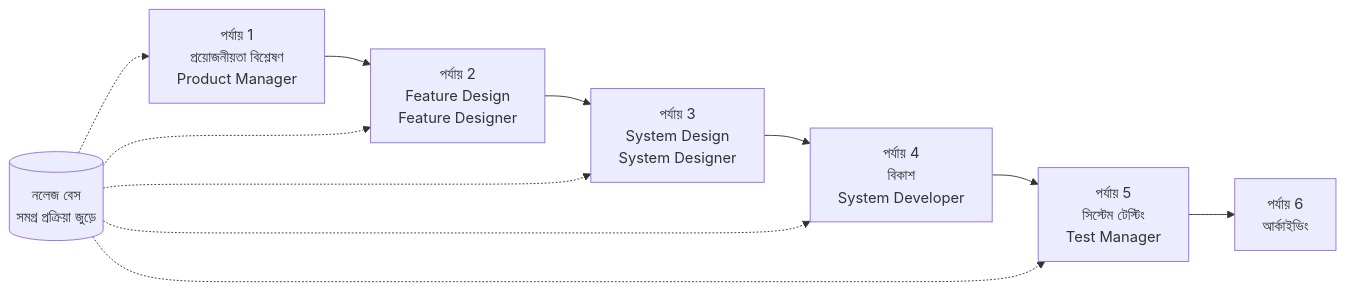
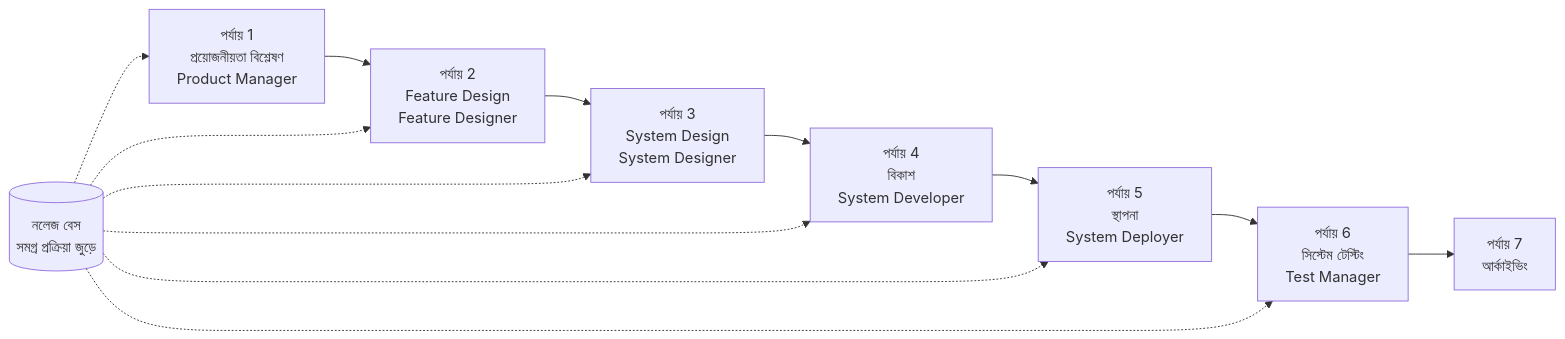
Before and after one commit to charlesmu99/speccrew: the diagram in docs/GETTING-STARTED.bn.md, drawn with Mermaid. The commit also changed 35 other files, not shown here.

````diff
--- a/docs/GETTING-STARTED.bn.md
+++ b/docs/GETTING-STARTED.bn.md
@@ -144,14 +144,16 @@
 ```mermaid
 flowchart LR
     PRD[পর্যায় 1<br/>প্রয়োজনীয়তা বিশ্লেষণ<br/>Product Manager] --> FD[পর্যায় 2<br/>Feature Design<br/>Feature Designer]
     FD --> SD[পর্যায় 3<br/>System Design<br/>System Designer]
     SD --> DEV[পর্যায় 4<br/>বিকাশ<br/>System Developer]
-    DEV --> TEST[পর্যায় 5<br/>সিস্টেম টেস্টিং<br/>Test Manager]
-    TEST --> ARCHIVE[পর্যায় 6<br/>আর্কাইভিং]
+    DEV --> DEPLOY[পর্যায় 5<br/>স্থাপনা<br/>System Deployer]
+    DEPLOY --> TEST[পর্যায় 6<br/>সিস্টেম টেস্টিং<br/>Test Manager]
+    TEST --> ARCHIVE[পর্যায় 7<br/>আর্কাইভিং]
     
     KB[(নলেজ বেস<br/>সমগ্র প্রক্রিয়া জুড়ে)] -.-> PRD
     KB -.-> FD
     KB -.-> SD
     KB -.-> DEV
+    KB -.-> DEPLOY
     KB -.-> TEST
 ```
````
